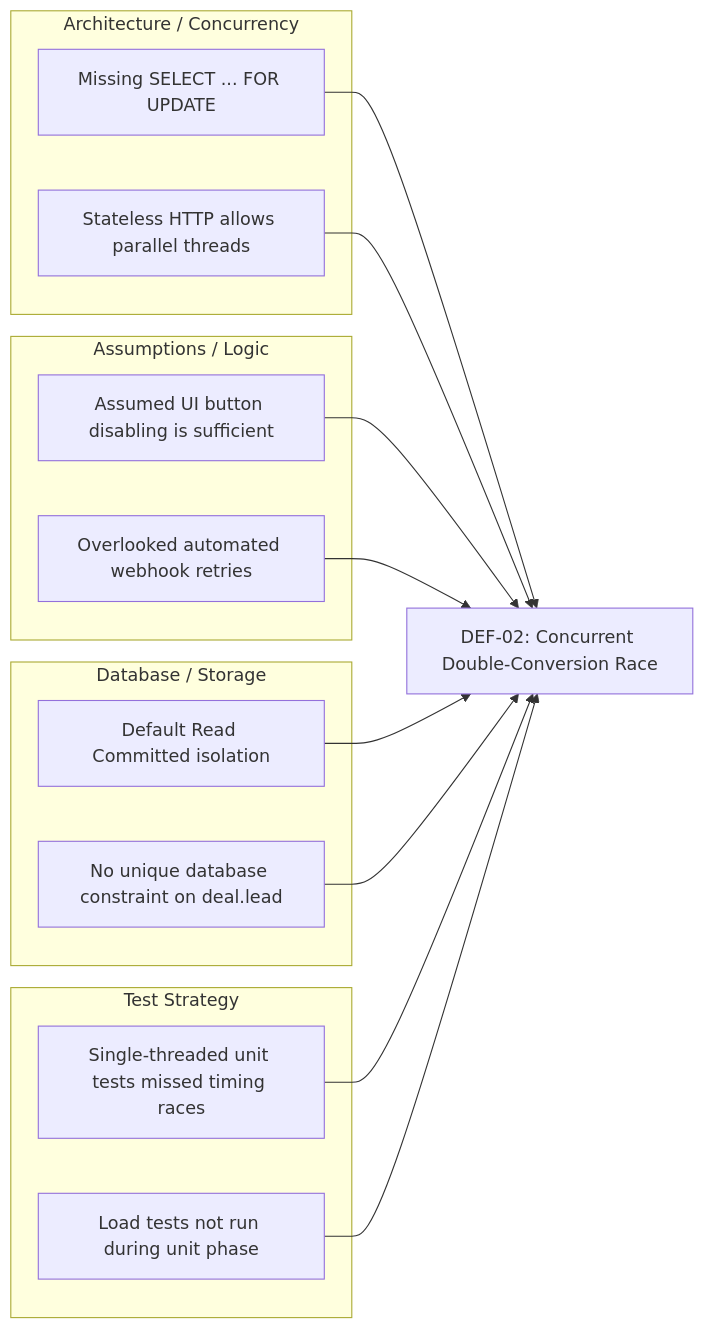
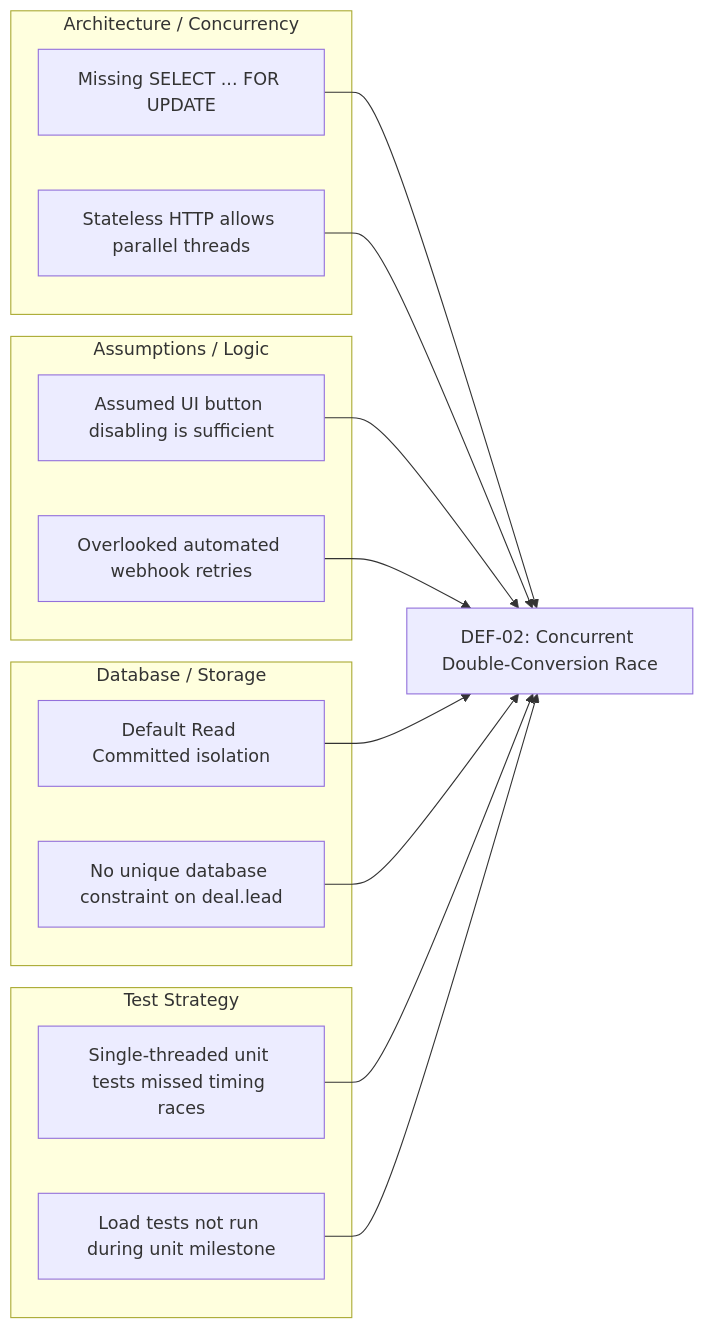
Before and after one commit to i243137-oss/frappe-crm-sqe: the second of 3 diagrams in docs/ROOT_CAUSE_ANALYSIS.md, drawn with Mermaid. The commit also changed 19 other files, not shown here.

````diff
--- a/docs/ROOT_CAUSE_ANALYSIS.md
+++ b/docs/ROOT_CAUSE_ANALYSIS.md
@@ -82,31 +82,31 @@
 ```mermaid
 flowchart LR
     subgraph Architecture["Architecture / Concurrency"]
         A1["Missing SELECT ... FOR UPDATE"]
         A2["Stateless HTTP allows parallel threads"]
     end
 
     subgraph Assumptions["Assumptions / Logic"]
         B1["Assumed UI button disabling is sufficient"]
         B2["Overlooked automated webhook retries"]
     end
 
     subgraph Database["Database / Storage"]
         D1["Default Read Committed isolation"]
         D2["No unique database constraint on deal.lead"]
     end
 
     subgraph Testing["Test Strategy"]
         T1["Single-threaded unit tests missed timing races"]
-        T2["Load tests not run during unit phase"]
+        T2["Load tests not run during unit milestone"]
     end
 
     A1 --> RaceDefect["DEF-02: Concurrent Double-Conversion Race"]
     A2 --> RaceDefect
     B1 --> RaceDefect
     B2 --> RaceDefect
     D1 --> RaceDefect
     D2 --> RaceDefect
     T1 --> RaceDefect
     T2 --> RaceDefect
 ```
````
